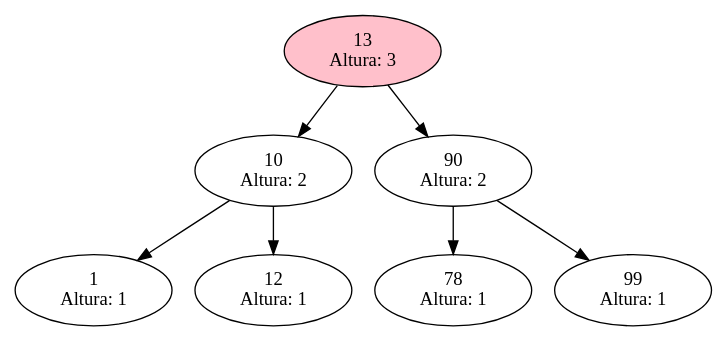
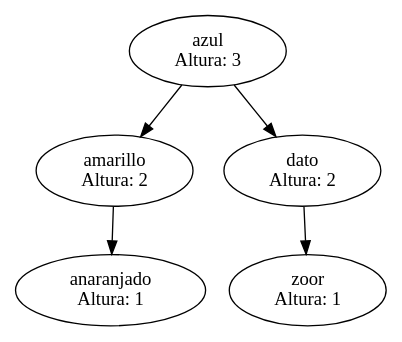
One commit to ByLy23/BlockChain_Java changed the diagram in Proyecto2_201700733/avlTrees.dot. Above: the diagram before and after it, drawn with Graphviz. The commit also changed 12 other files, not shown here.

```diff
--- a/Proyecto2_201700733/avlTrees.dot
+++ b/Proyecto2_201700733/avlTrees.dot
@@ -1,15 +1,10 @@
-digraph "GraficaAVL"{ nodo1 [label= " 1
- Altura: 1"];nodo10 [label= " 10
- Altura: 2"];nodo12 [label= " 12
- Altura: 1"];nodo13 [label= " 13
- Altura: 3"];nodo78 [label= " 78
- Altura: 1"];nodo90 [label= " 90
- Altura: 2"];nodo99 [label= " 99
- Altura: 1"];nodo13 [style=filled, fillcolor=pink, label= " 13
- Altura: 3"]; nodo13->nodo10
-nodo13->nodo90
-nodo10->nodo1
-nodo10->nodo12
-nodo90->nodo78
-nodo90->nodo99
+digraph "GraficaAVL"{ nodo996048354 [label= " amarillo
+ Altura: 2"];nodo879265152 [label= " anaranjado
+ Altura: 1"];nodo595808176 [label= " azul
+ Altura: 3"];nodo1476907122 [label= " dato
+ Altura: 2"];nodo285087741 [label= " zoor
+ Altura: 1"]; nodo595808176->nodo996048354
+nodo595808176->nodo1476907122
+nodo996048354->nodo879265152
+nodo1476907122->nodo285087741
  }
```
